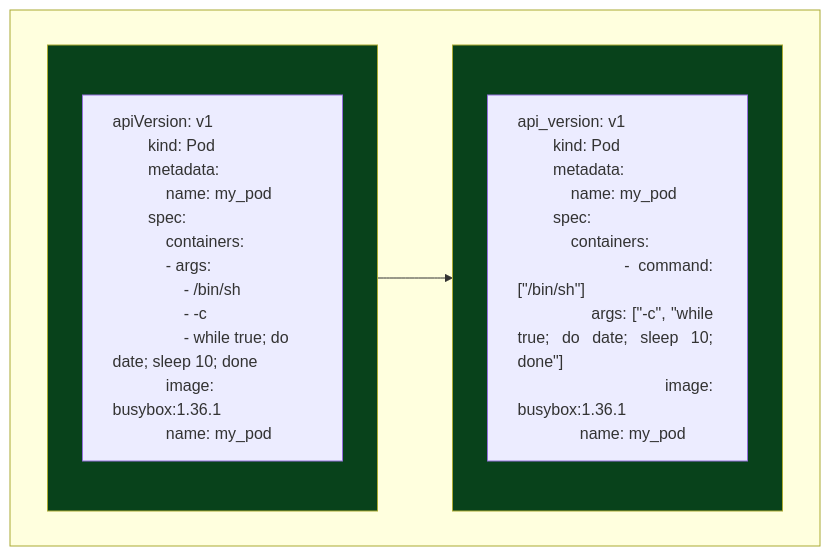
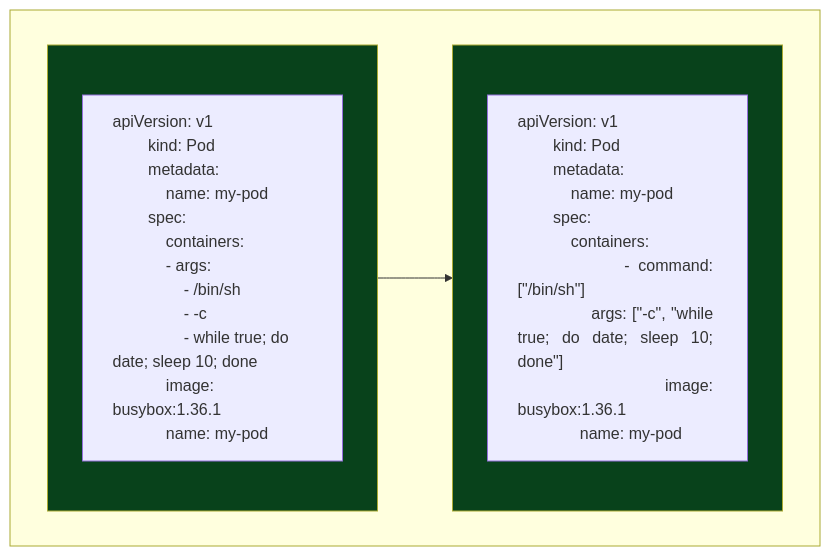
One commit to tejada7/Java-Certification changed the fourth of 5 diagrams in ckad_notes.md. Above: the diagram before and after it, drawn with Mermaid. The commit also changed other lines of this file, not shown here.

````diff
--- a/ckad_notes.md
+++ b/ckad_notes.md
@@ -210,42 +210,42 @@
 ```mermaid
 flowchart TD
 ;
 subgraph frame[ ]
     direction LR
     subgraph example1[ ]
         description1["
         apiVersion: v1
         kind: Pod
         metadata:
-        #nbsp; #nbsp; name: my_pod
+        #nbsp; #nbsp; name: my-pod
         spec:
         #nbsp; #nbsp; containers:
         #nbsp; #nbsp; - args:
         #nbsp; #nbsp; #nbsp; #nbsp; - /bin/sh
         #nbsp; #nbsp; #nbsp; #nbsp; - -c
         #nbsp; #nbsp; #nbsp; #nbsp; - while true; do date; sleep 10; done
         #nbsp; #nbsp; image: busybox:1.36.1
-        #nbsp; #nbsp; name: my_pod"]
+        #nbsp; #nbsp; name: my-pod"]
     end
     example1:::color
     description1:::alignLeft
     subgraph example2[ ]
         description2["
-        api_version: v1
+        apiVersion: v1
         kind: Pod
         metadata:
-        #nbsp; #nbsp; name: my_pod
+        #nbsp; #nbsp; name: my-pod
         spec:
         #nbsp; #nbsp; containers:
         #nbsp; #nbsp; - command: #91;#34;/bin/sh#34;#93;
         #nbsp; #nbsp; #nbsp; args: #91;#34;-c#34;, #34;while true; do date; sleep 10; done#34;#93;
         #nbsp; #nbsp; #nbsp; image: busybox:1.36.1
-        #nbsp; #nbsp; #nbsp; name: my_pod"]:::yamlText
+        #nbsp; #nbsp; #nbsp; name: my-pod"]:::yamlText
     end
     example2:::color
     example1 --> example2
     classDef color fill:#08421b;
     classDef yamlText text-align-last: left, text-align: justify, text-justify: distribute;
     classDef alignLeft text-align: left;
 end
 ```
````
